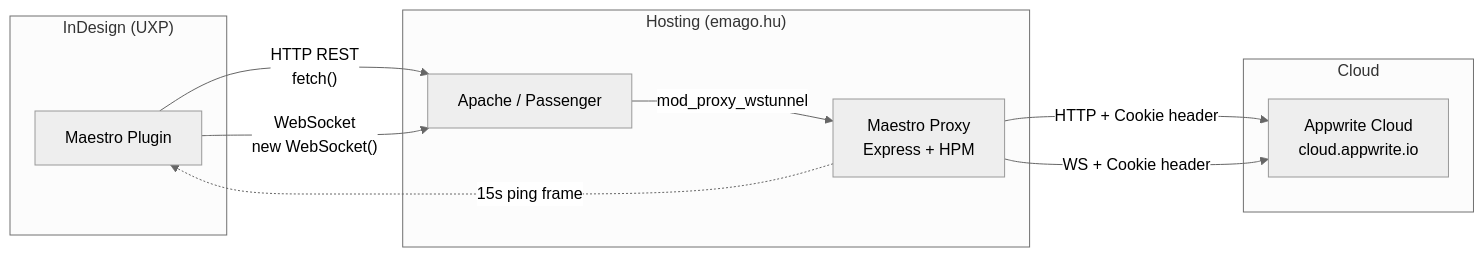
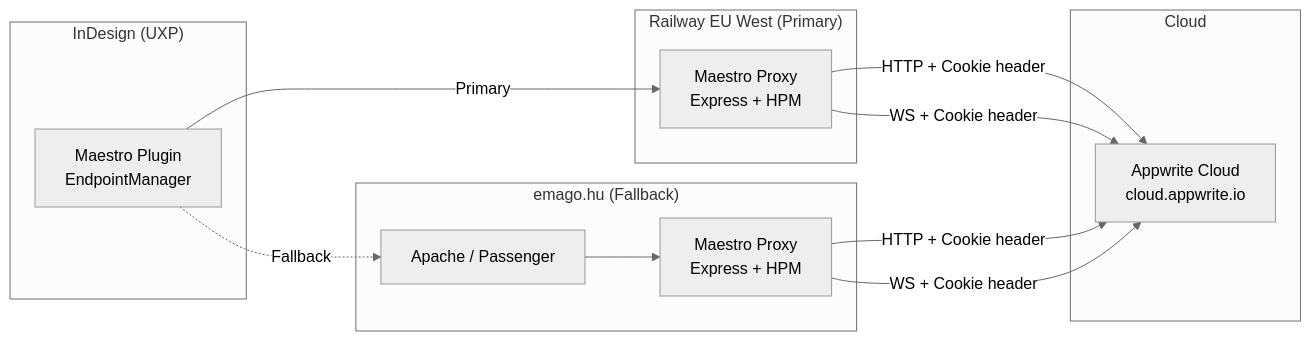
Before and after one commit to SashalmiImre/Maestro_Plugin: the diagram in packages/maestro-indesign/docs/PROXY_SERVER.md, drawn with Mermaid (neutral theme). The commit also changed other lines of this file and 14 other files, not shown here.

First line of the commit message:
Dual-proxy failover: Railway (primary) + emago.hu (fallback) + timeout csökkentés

````diff
--- a/packages/maestro-indesign/docs/PROXY_SERVER.md
+++ b/packages/maestro-indesign/docs/PROXY_SERVER.md
@@ -15,22 +19,27 @@
 ```mermaid
 graph LR
     subgraph "InDesign (UXP)"
-        Plugin[Maestro Plugin]
+        Plugin[Maestro Plugin<br/>EndpointManager]
     end
 
-    subgraph "Hosting (emago.hu)"
+    subgraph "Railway EU West (Primary)"
+        RailwayProxy[Maestro Proxy<br/>Express + HPM]
+    end
+
+    subgraph "emago.hu (Fallback)"
         Apache[Apache / Passenger]
-        Proxy[Maestro Proxy<br/>Express + HPM]
+        EmagoProxy[Maestro Proxy<br/>Express + HPM]
     end
 
     subgraph "Cloud"
         Appwrite[Appwrite Cloud<br/>cloud.appwrite.io]
     end
 
-    Plugin -->|"HTTP REST<br/>fetch()"| Apache
-    Plugin -->|"WebSocket<br/>new WebSocket()"| Apache
-    Apache -->|"mod_proxy_wstunnel"| Proxy
-    Proxy -->|"HTTP + Cookie header"| Appwrite
-    Proxy -->|"WS + Cookie header"| Appwrite
-    Proxy -.->|"15s ping frame"| Plugin
+    Plugin -->|"Primary"| RailwayProxy
+    Plugin -.->|"Fallback"| Apache
+    Apache --> EmagoProxy
+    RailwayProxy -->|"HTTP + Cookie header"| Appwrite
+    RailwayProxy -->|"WS + Cookie header"| Appwrite
+    EmagoProxy -->|"HTTP + Cookie header"| Appwrite
+    EmagoProxy -->|"WS + Cookie header"| Appwrite
 ```
````
